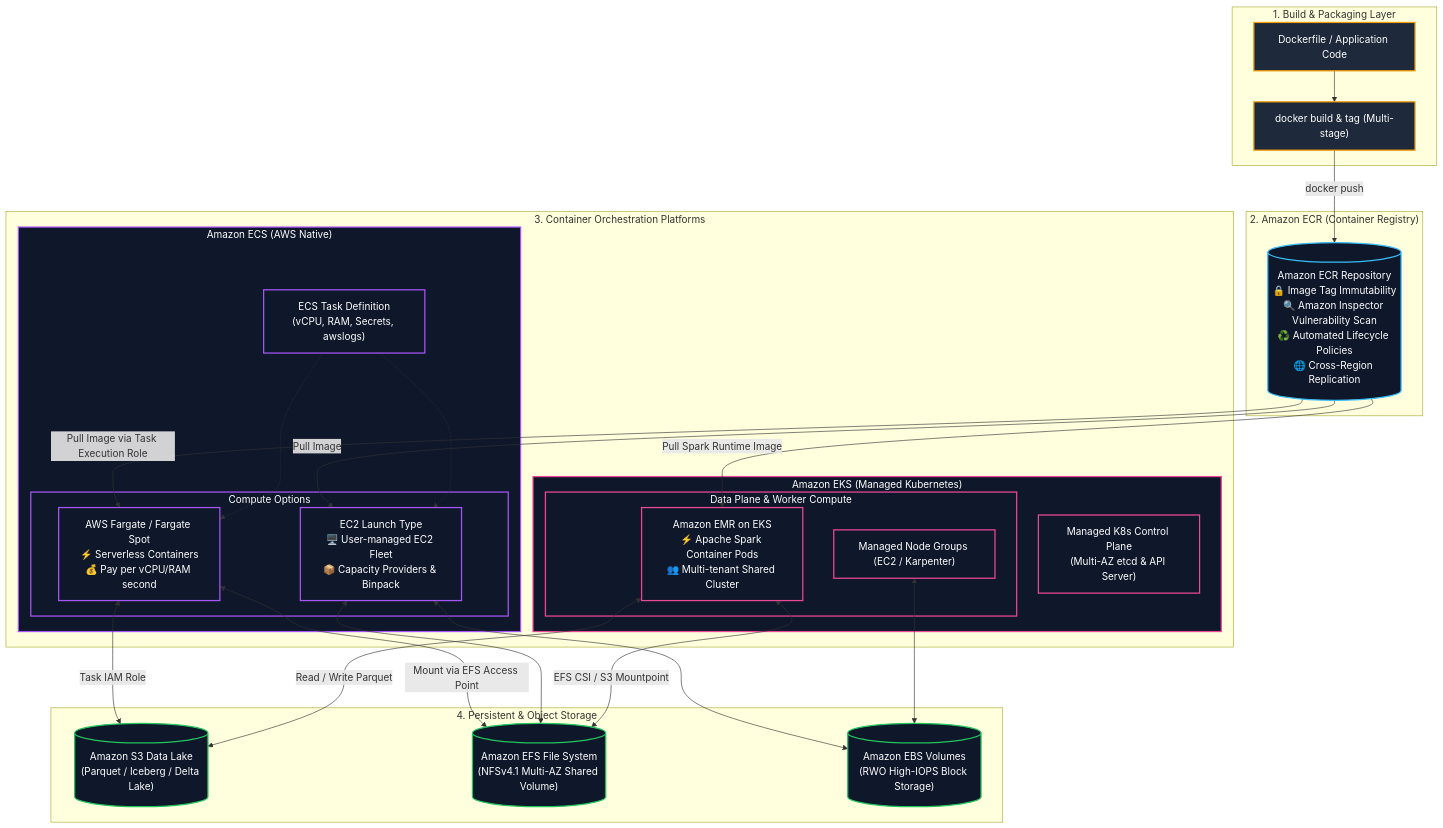
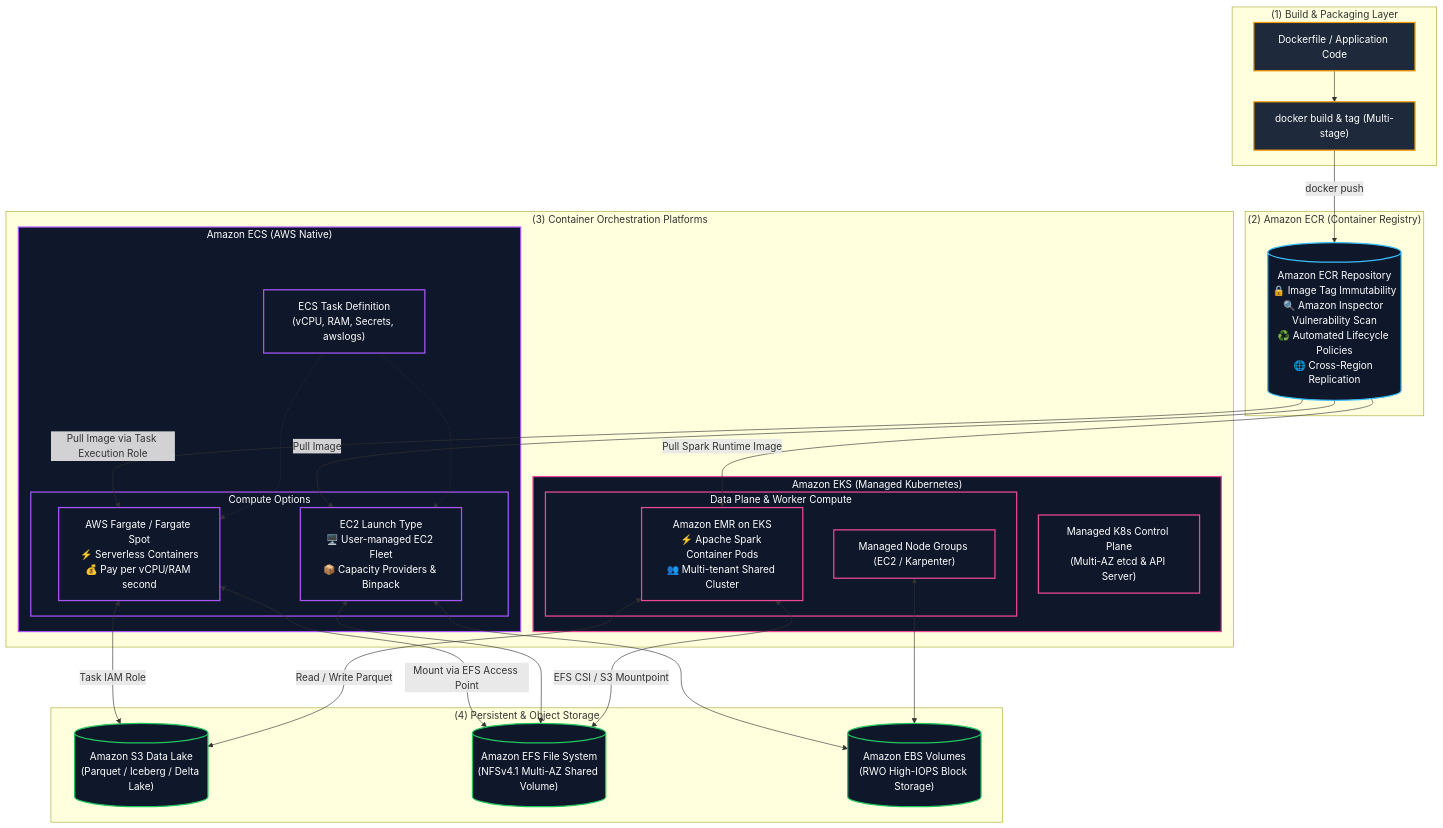
Before and after one commit to Wathon/aws-dea-c01-note: the first of 12 diagrams in content/02-services/compute-containers/ecr-ecs-eks.md, drawn with Mermaid. The commit also changed other lines of this file and 19 other files, not shown here.

Commit message:
fix(mermaid): resolve 'Unsupported markdown: list' rendering issues across all diagram node and edge labels

````diff
--- a/content/02-services/compute-containers/ecr-ecs-eks.md
+++ b/content/02-services/compute-containers/ecr-ecs-eks.md
@@ -37,68 +37,68 @@
 ```mermaid
 graph TB
-    subgraph DevLayer["1. Build & Packaging Layer"]
+    subgraph DevLayer["(1) Build & Packaging Layer"]
         Dockerfile["Dockerfile / Application Code"]
         DockerBuild["docker build & tag (Multi-stage)"]
     end
 
-    subgraph RegistryLayer["2. Amazon ECR (Container Registry)"]
+    subgraph RegistryLayer["(2) Amazon ECR (Container Registry)"]
         ECRRepo[("Amazon ECR Repository<br/>🔒 Image Tag Immutability<br/>🔍 Amazon Inspector Vulnerability Scan<br/>♻️ Automated Lifecycle Policies<br/>🌐 Cross-Region Replication")]
     end
 
-    subgraph OrchestrationLayer["3. Container Orchestration Platforms"]
+    subgraph OrchestrationLayer["(3) Container Orchestration Platforms"]
         subgraph ECSCluster["Amazon ECS (AWS Native)"]
             TaskDef["ECS Task Definition<br/>(vCPU, RAM, Secrets, awslogs)"]
             
             subgraph ECSCompute["Compute Options"]
                 ECSFargate["AWS Fargate / Fargate Spot<br/>⚡ Serverless Containers<br/>💰 Pay per vCPU/RAM second"]
                 ECSEC2["EC2 Launch Type<br/>🖥️ User-managed EC2 Fleet<br/>📦 Capacity Providers & Binpack"]
             end
         end
 
         subgraph EKSCluster["Amazon EKS (Managed Kubernetes)"]
             K8sControlPlane["Managed K8s Control Plane<br/>(Multi-AZ etcd & API Server)"]
             
             subgraph EKSNodes["Data Plane & Worker Compute"]
                 ManagedNodes["Managed Node Groups (EC2 / Karpenter)"]
                 EMRonEKS["Amazon EMR on EKS<br/>⚡ Apache Spark Container Pods<br/>👥 Multi-tenant Shared Cluster"]
             end
         end
     end
 
-    subgraph StorageLayer["4. Persistent & Object Storage"]
+    subgraph StorageLayer["(4) Persistent & Object Storage"]
         S3Bucket[("Amazon S3 Data Lake<br/>(Parquet / Iceberg / Delta Lake)")]
         EFSFS[("Amazon EFS File System<br/>(NFSv4.1 Multi-AZ Shared Volume)")]
         EBSCSI[("Amazon EBS Volumes<br/>(RWO High-IOPS Block Storage)")]
     end
 
     Dockerfile --> DockerBuild
     DockerBuild -->|"docker push"| ECRRepo
 
     ECRRepo -->|"Pull Image via Task Execution Role"| ECSFargate
     ECRRepo -->|"Pull Image"| ECSEC2
     ECRRepo -->|"Pull Spark Runtime Image"| EMRonEKS
 
     TaskDef -.-> ECSFargate
     TaskDef -.-> ECSEC2
 
     ECSFargate <-->|"Task IAM Role"| S3Bucket
     ECSFargate <-->|"Mount via EFS Access Point"| EFSFS
     ECSEC2 <--> EFSFS
     ECSEC2 <--> EBSCSI
 
     EMRonEKS <-->|"EFS CSI / S3 Mountpoint"| EFSFS
     EMRonEKS <-->|"Read / Write Parquet"| S3Bucket
     ManagedNodes <--> EBSCSI
 
     classDef dev fill:#1e293b,stroke:#f59e0b,stroke-width:2px,color:#fff;
     classDef ecr fill:#0f172a,stroke:#38bdf8,stroke-width:2px,color:#fff;
     classDef ecs fill:#0f172a,stroke:#a855f7,stroke-width:2px,color:#fff;
     classDef eks fill:#0f172a,stroke:#ec4899,stroke-width:2px,color:#fff;
     classDef store fill:#0f172a,stroke:#22c55e,stroke-width:2px,color:#fff;
 
     class Dockerfile,DockerBuild dev;
     class ECRRepo ecr;
     class ECSCluster,TaskDef,ECSCompute,ECSFargate,ECSEC2 ecs;
     class EKSCluster,K8sControlPlane,EKSNodes,ManagedNodes,EMRonEKS eks;
     class S3Bucket,EFSFS,EBSCSI store;
 ```
````
